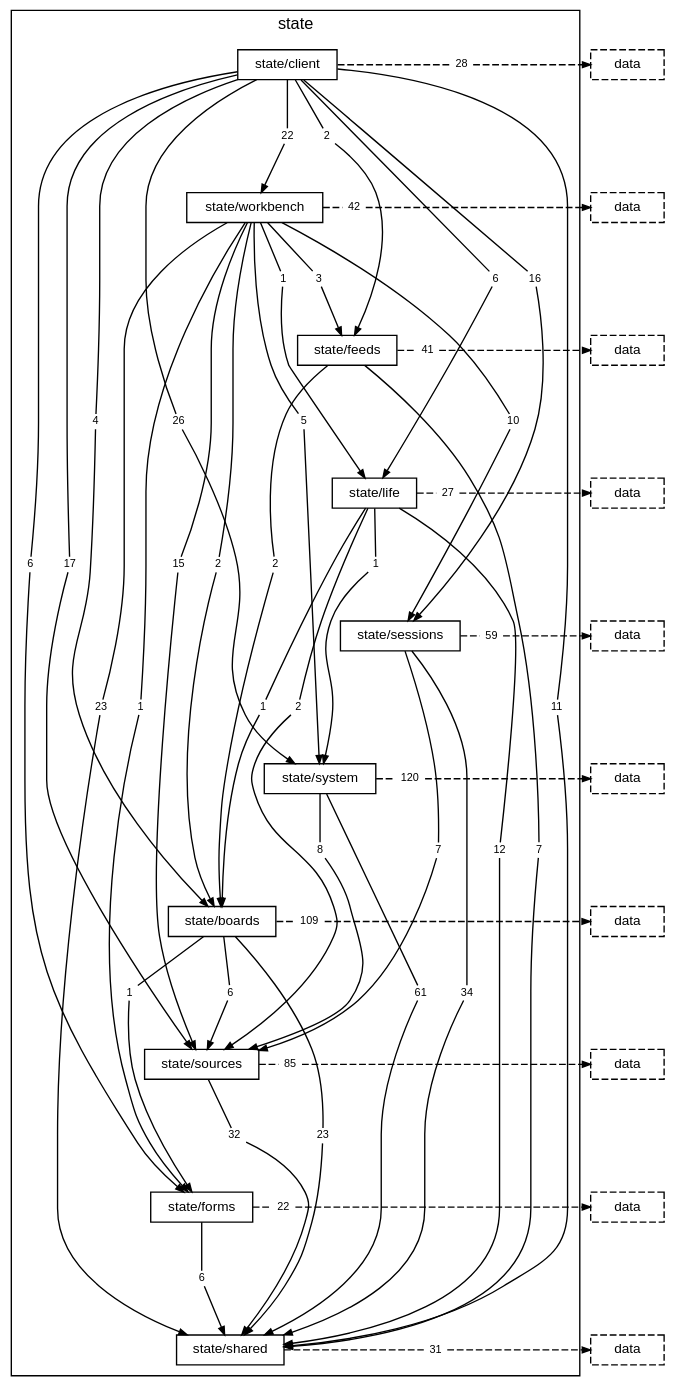
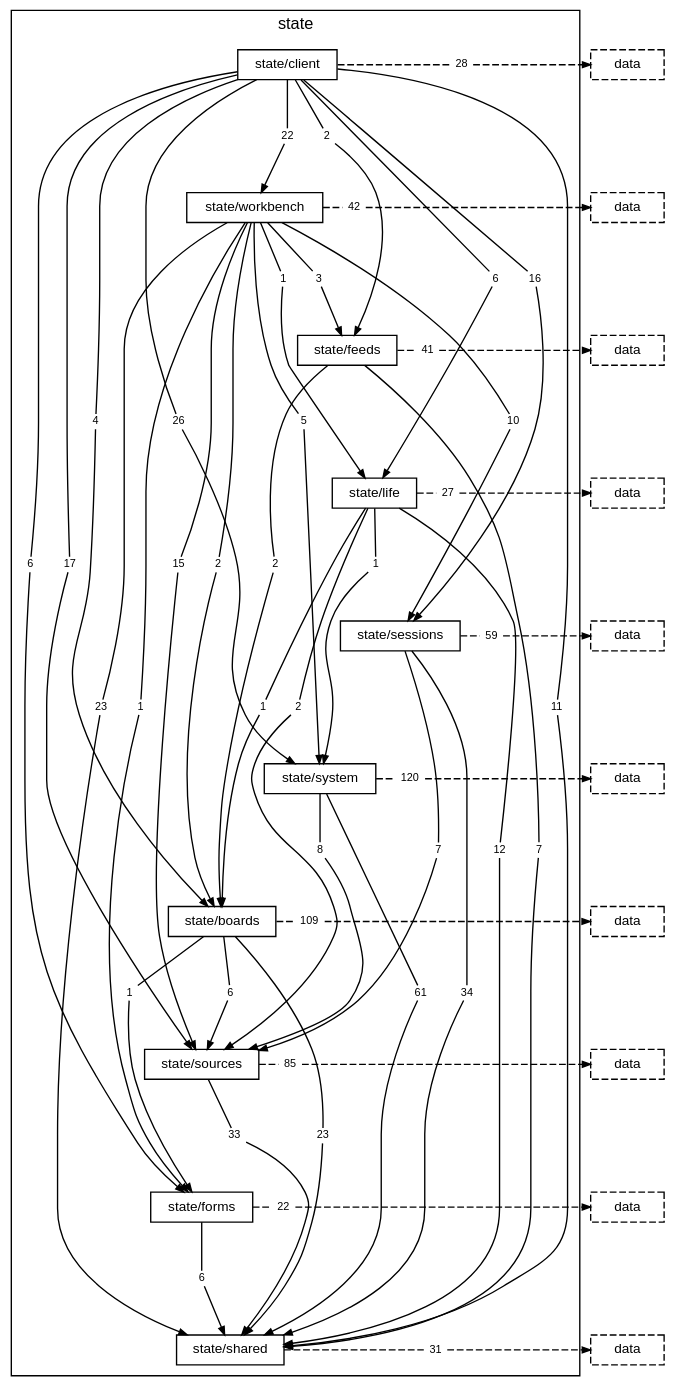
Before and after one commit to TheAxeC/oculus: the diagram in docs/diagrams/layer-state.dot, drawn with Graphviz. The commit also changed 92 other files, not shown here.

```diff
--- a/docs/diagrams/layer-state.dot
+++ b/docs/diagrams/layer-state.dot
@@ -51,7 +51,7 @@
         "folder state/boards to folder state/shared" [label="23", shape=box, color="transparent", fontsize=8, width=0, height=0, margin="0.04,0.02"];
         "folder state/boards to folder state/sources" [label="6", shape=box, color="transparent", fontsize=8, width=0, height=0, margin="0.04,0.02"];
         "folder state/boards to layer data" [label="109", shape=box, color="transparent", fontsize=8, width=0, height=0, margin="0.04,0.02"];
-        "folder state/sources to folder state/shared" [label="32", shape=box, color="transparent", fontsize=8, width=0, height=0, margin="0.04,0.02"];
+        "folder state/sources to folder state/shared" [label="33", shape=box, color="transparent", fontsize=8, width=0, height=0, margin="0.04,0.02"];
         "folder state/sources to layer data" [label="85", shape=box, color="transparent", fontsize=8, width=0, height=0, margin="0.04,0.02"];
         "folder state/forms to folder state/shared" [label="6", shape=box, color="transparent", fontsize=8, width=0, height=0, margin="0.04,0.02"];
         "folder state/forms to layer data" [label="22", shape=box, color="transparent", fontsize=8, width=0, height=0, margin="0.04,0.02"];
```
